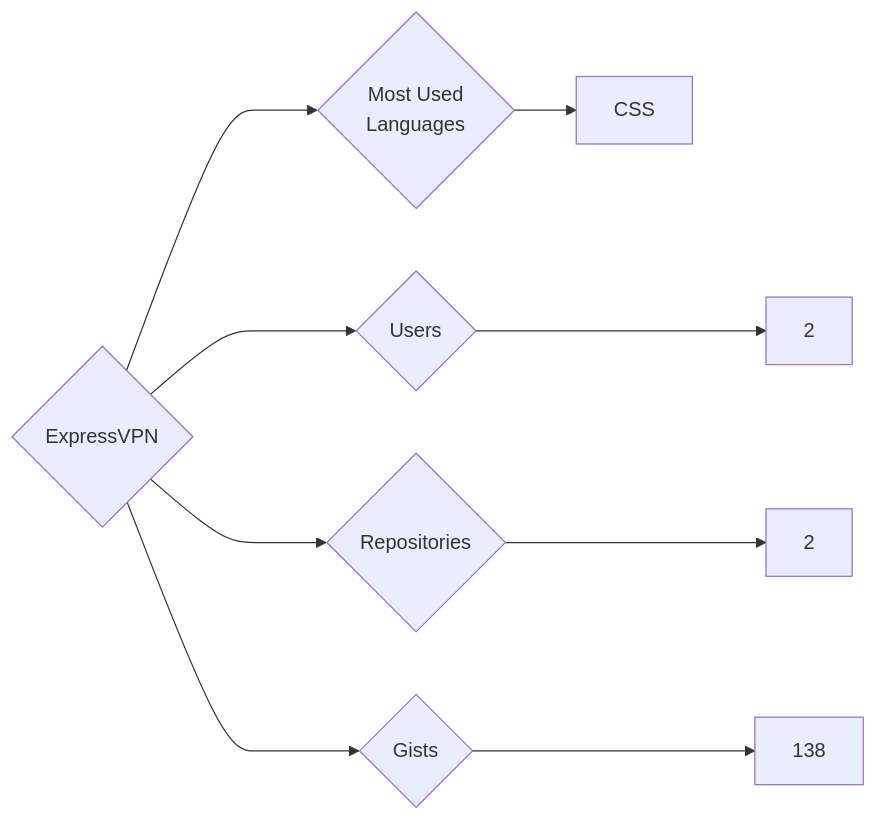
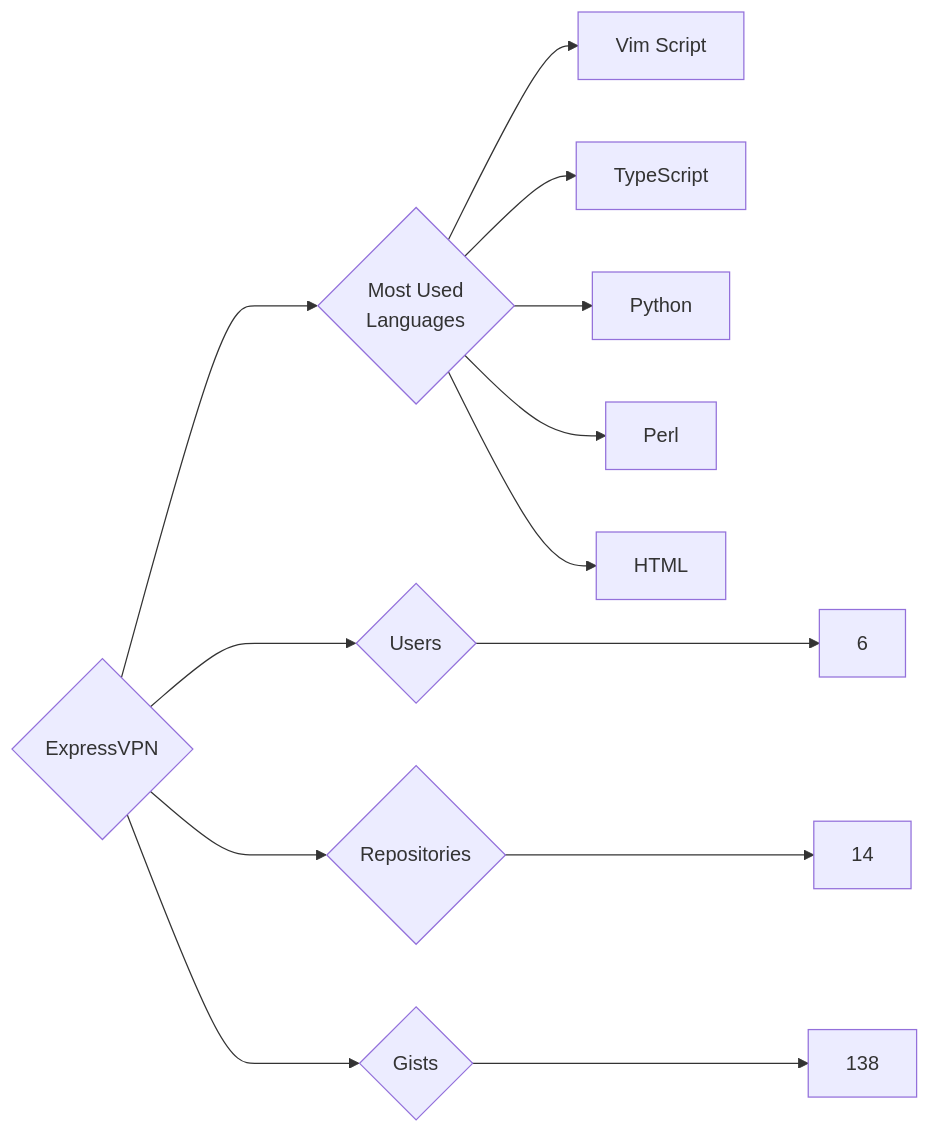
One commit to trickest/insiders changed the diagram in targets/ExpressVPN/README.md. Above: the diagram before and after it, drawn with Mermaid. The commit also changed 1055 other files, not shown here.

````diff
--- a/targets/ExpressVPN/README.md
+++ b/targets/ExpressVPN/README.md
@@ -3,9 +3,13 @@
 ```mermaid
 graph LR
 COMPANY_NAME{ExpressVPN}
-COMPANY_NAME ---> U{Users} ---> UN[2]
-COMPANY_NAME ---> R{Repositories} ---> RN[2]
+COMPANY_NAME ---> U{Users} ---> UN[6]
+COMPANY_NAME ---> R{Repositories} ---> RN[14]
 COMPANY_NAME ---> G{Gists} ---> GN[138]
 COMPANY_NAME ---> ML{Most Used<br>Languages}
-ML --> CSS[CSS]
+ML --> Vim_Script[Vim Script]
+ML --> TypeScript[TypeScript]
+ML --> Python[Python]
+ML --> Perl[Perl]
+ML --> HTML[HTML]
 ```
````
